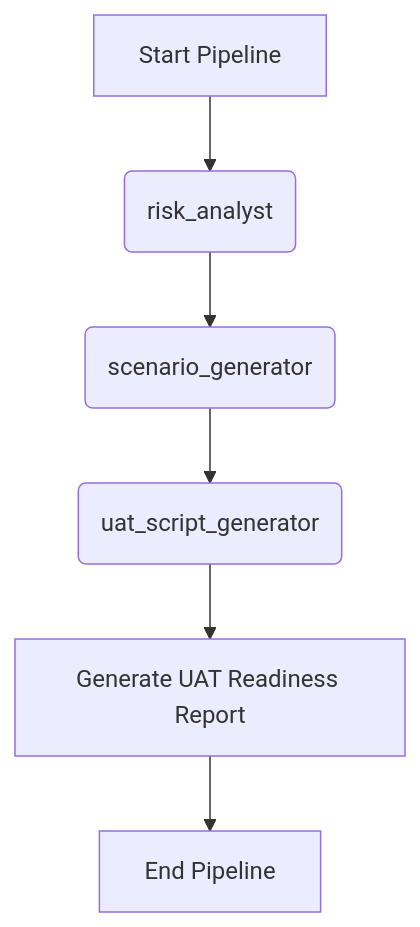
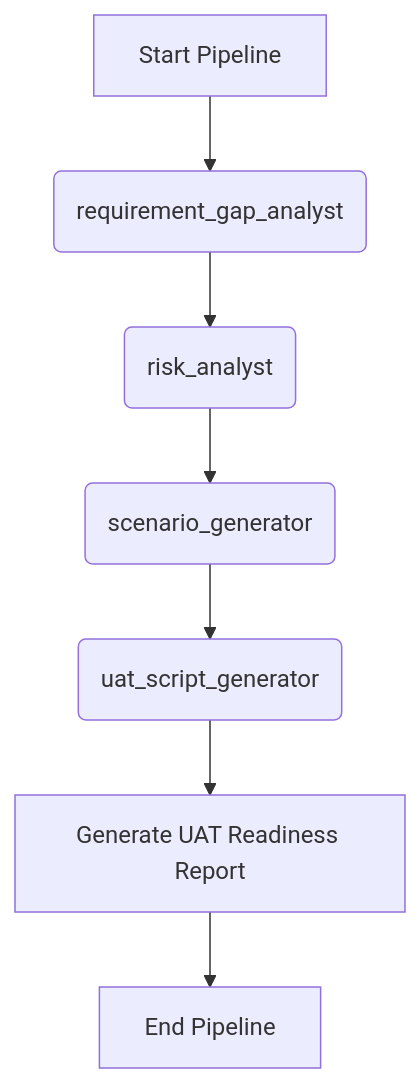
One commit to naulmai/qa-auto-kit changed the diagram in workflows/04_Business_UAT_Validation.md. Above: the diagram before and after it, drawn with Mermaid. The commit also changed other lines of this file and 11 other files, not shown here.

Commit message:
feat(phase-0): foundation fix - align workflows, add logic anomaly template, and clarify architecture

````diff
--- a/workflows/04_Business_UAT_Validation.md
+++ b/workflows/04_Business_UAT_Validation.md
@@ -12,8 +12,9 @@
 ```mermaid
 graph TD
-    A[Start Pipeline] --> B(risk_analyst)
-    B --> C(scenario_generator)
-    C --> D(uat_script_generator)
-    D --> E[Generate UAT Readiness Report]
-    E --> F[End Pipeline]
+    A[Start Pipeline] --> B(requirement_gap_analyst)
+    B --> C(risk_analyst)
+    C --> D(scenario_generator)
+    D --> E(uat_script_generator)
+    E --> F[Generate UAT Readiness Report]
+    F --> G[End Pipeline]
 ```
````
